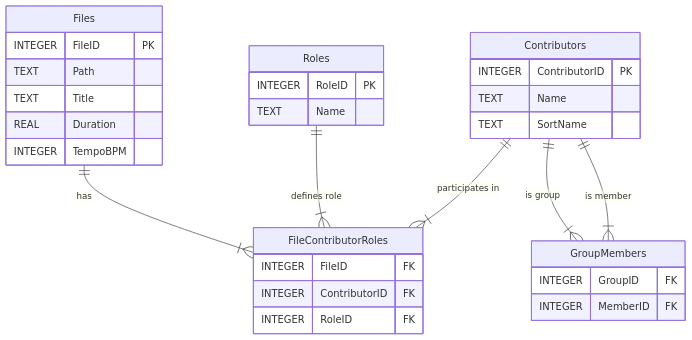
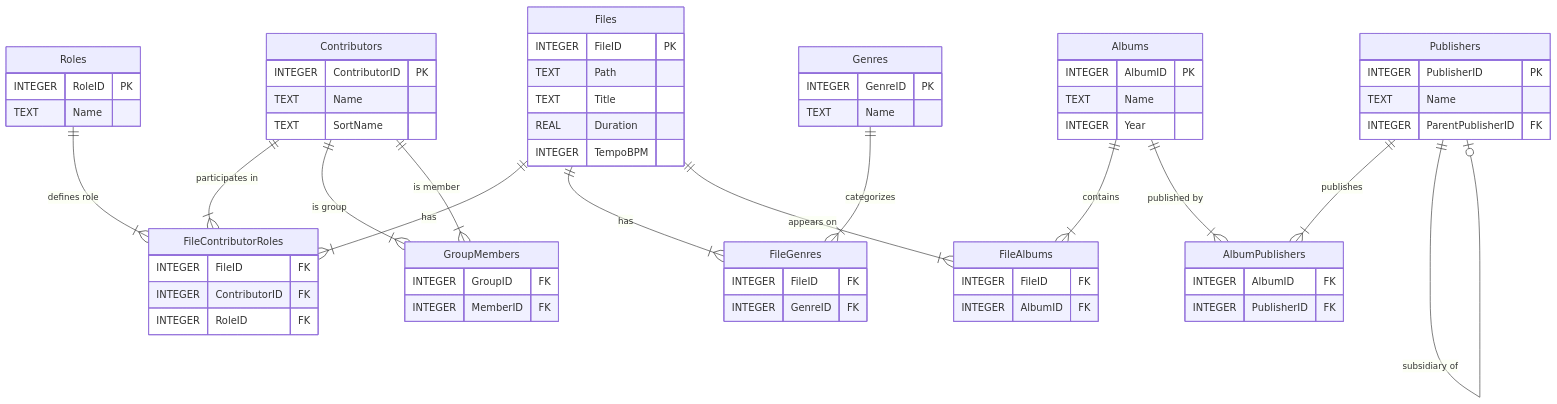
One commit to PROdotes/Gosling2 changed the diagram in DATABASE.md. Above: the diagram before and after it, drawn with Mermaid. The commit also changed other lines of this file and 1 other file, not shown here.

First line of the commit message:
docs: Design complete metadata schema (Genre, Publisher, Album)

````diff
--- a/DATABASE.md
+++ b/DATABASE.md
@@ -24,38 +24,77 @@
 ```mermaid
 erDiagram
     Files ||--|{ FileContributorRoles : "has"
     Contributors ||--|{ FileContributorRoles : "participates in"
     Roles ||--|{ FileContributorRoles : "defines role"
     Contributors ||--|{ GroupMembers : "is group"
     Contributors ||--|{ GroupMembers : "is member"
+    Files ||--|{ FileGenres : "has"
+    Genres ||--|{ FileGenres : "categorizes"
+    Files ||--|{ FileAlbums : "appears on"
+    Albums ||--|{ FileAlbums : "contains"
+    Albums ||--|{ AlbumPublishers : "published by"
+    Publishers ||--|{ AlbumPublishers : "publishes"
+    Publishers ||--o| Publishers : "subsidiary of"
 
     Files {
         INTEGER FileID PK
         TEXT Path
         TEXT Title
         REAL Duration
         INTEGER TempoBPM
     }
 
     Contributors {
         INTEGER ContributorID PK
         TEXT Name
         TEXT SortName
     }
 
     Roles {
         INTEGER RoleID PK
         TEXT Name
     }
 
     FileContributorRoles {
         INTEGER FileID FK
         INTEGER ContributorID FK
         INTEGER RoleID FK
     }
 
     GroupMembers {
         INTEGER GroupID FK
         INTEGER MemberID FK
     }
+
+    Genres {
+        INTEGER GenreID PK
+        TEXT Name
+    }
+
+    FileGenres {
+        INTEGER FileID FK
+        INTEGER GenreID FK
+    }
+
+    Publishers {
+        INTEGER PublisherID PK
+        TEXT Name
+        INTEGER ParentPublisherID FK
+    }
+
+    Albums {
+        INTEGER AlbumID PK
+        TEXT Name
+        INTEGER Year
+    }
+
+    AlbumPublishers {
+        INTEGER AlbumID FK
+        INTEGER PublisherID FK
+    }
+
+    FileAlbums {
+        INTEGER FileID FK
+        INTEGER AlbumID FK
+    }
 ```
````
